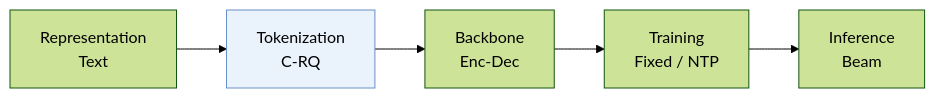
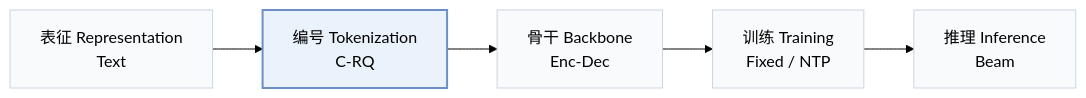
The first of 2 diagrams in pages/zh/papers/cost.md (Galaxy-ghost/Awesome-SID-Generative-Rec), drawn with Mermaid (forest theme) before and after one commit. The commit also changed other lines of this file and 649 other files, not shown here.

Commit message:
writer-05: also tags and modality index (schema, check, build, visuals); summary field removed; calibration data for 12 papers

````diff
--- a/pages/zh/papers/cost.md
+++ b/pages/zh/papers/cost.md
@@ -13,6 +15,8 @@
 ```mermaid
 flowchart LR
-    R["Representation<br/>Text"] --> T["Tokenization<br/>C-RQ"] --> B["Backbone<br/>Enc-Dec"] --> TR["Training<br/>Fixed / NTP"] --> I["Inference<br/>Beam"]
-    classDef main fill:#eaf2fb,stroke:#6b8fc7
+    R["表征 Representation<br/>Text"] --> T["编号 Tokenization<br/>C-RQ"] --> B["骨干 Backbone<br/>Enc-Dec"] --> TR["训练 Training<br/>Fixed / NTP"] --> I["推理 Inference<br/>Beam"]
+    classDef base fill:#f8fafc,stroke:#cbd5e1
+    class R,T,B,TR,I base
+    classDef main fill:#eaf2fb,stroke:#6b8fc7,stroke-width:2px
     class T main
 ```
````
